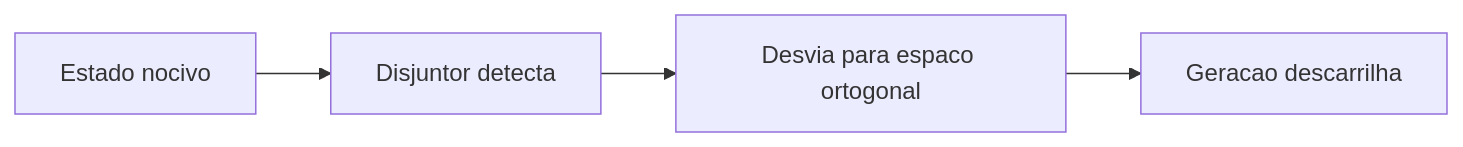
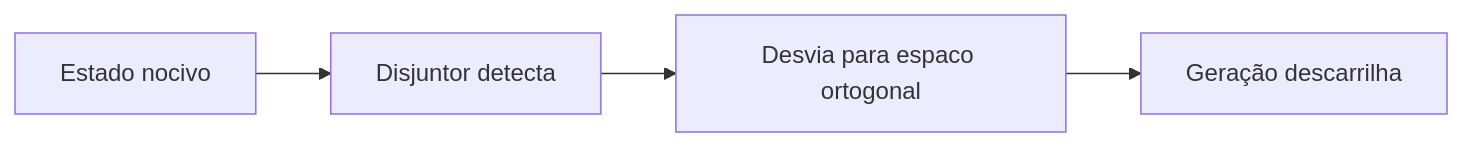
The second of 2 diagrams in src/content/articles/2026-09-28-abliteration-recusa-llm.md (alicino/kb-blog), drawn with Mermaid before and after one commit. The commit also changed other lines of this file and 7 other files, not shown here.

````diff
--- a/src/content/articles/2026-09-28-abliteration-recusa-llm.md
+++ b/src/content/articles/2026-09-28-abliteration-recusa-llm.md
@@ -146,6 +146,6 @@
 ```mermaid
 flowchart LR
     A[Estado nocivo] --> B["Disjuntor detecta"]
     B --> C["Desvia para espaco ortogonal"]
-    C --> D[Geracao descarrilha]
+    C --> D[Geração descarrilha]
 ```
````
